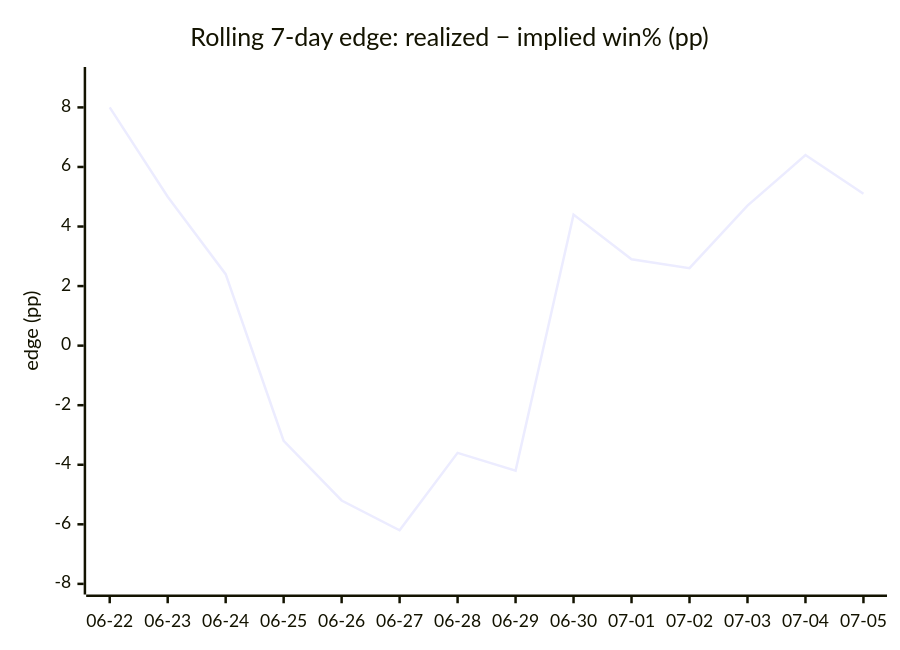
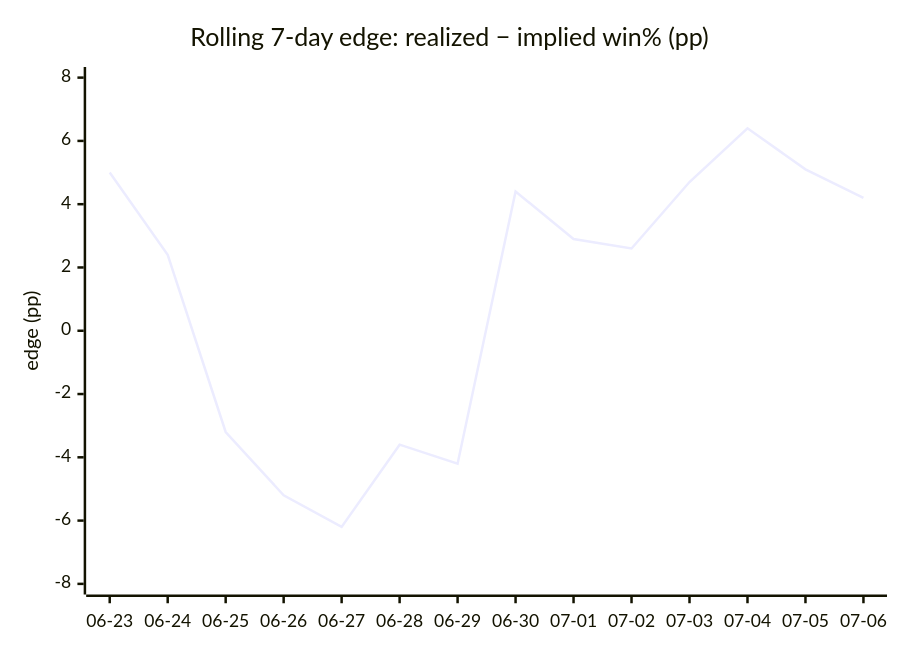
Before and after one commit to dpk1212/nhl-savant: the fifth of 5 diagrams in DAILY_AGSU_REPORT.md, drawn with Mermaid. The commit also changed other lines of this file, not shown here.

````diff
--- a/DAILY_AGSU_REPORT.md
+++ b/DAILY_AGSU_REPORT.md
@@ -544,7 +549,7 @@
 ```mermaid
 xychart-beta
     title "Rolling 7-day edge: realized − implied win% (pp)"
-    x-axis ["06-22", "06-23", "06-24", "06-25", "06-26", "06-27", "06-28", "06-29", "06-30", "07-01", "07-02", "07-03", "07-04", "07-05"]
-    y-axis "edge (pp)" -8 --> 9
-    line [8, 5, 2.4, -3.2, -5.2, -6.2, -3.6, -4.2, 4.4, 2.9, 2.6, 4.7, 6.4, 5.1]
+    x-axis ["06-23", "06-24", "06-25", "06-26", "06-27", "06-28", "06-29", "06-30", "07-01", "07-02", "07-03", "07-04", "07-05", "07-06"]
+    y-axis "edge (pp)" -8 --> 8
+    line [5, 2.4, -3.2, -5.2, -6.2, -3.6, -4.2, 4.4, 2.9, 2.6, 4.7, 6.4, 5.1, 4.2]
 ```
````
